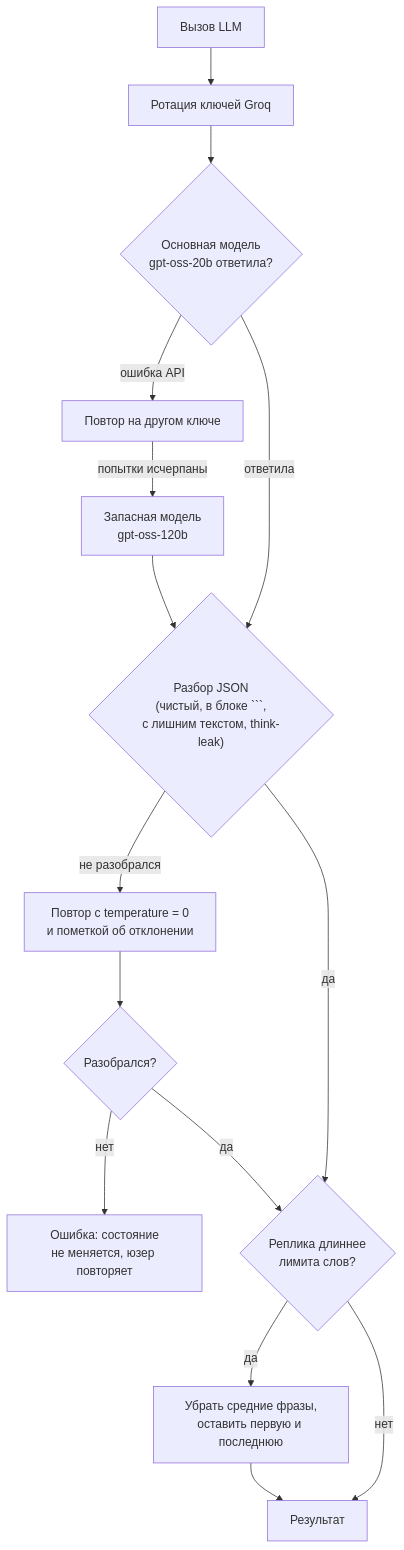
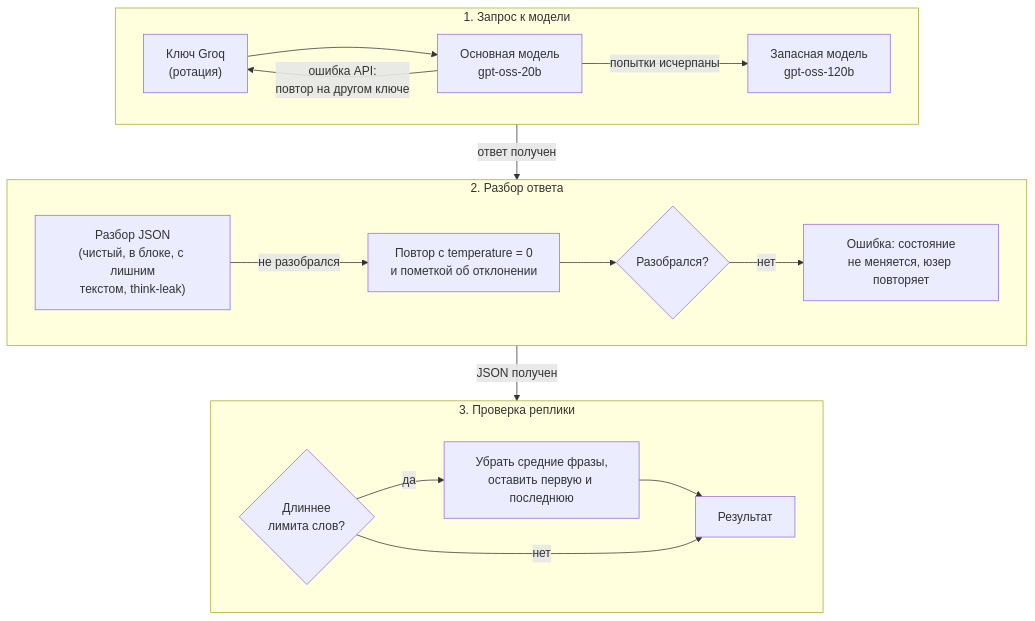
One commit to inikonoff/Daily-Ten changed the fifth of 9 diagrams in docs/ARCHITECTURE.md. Above: the diagram before and after it, drawn with Mermaid. The commit also changed other lines of this file and 11 other files, not shown here.

First line of the commit message:
Add rendered PNG diagrams and a script to rebuild them

````diff
--- a/docs/ARCHITECTURE.md
+++ b/docs/ARCHITECTURE.md
@@ -193,17 +212,23 @@
 ```mermaid
-flowchart TD
-    CALL["Вызов LLM"] --> KEY["Ротация ключей Groq"]
-    KEY --> MODEL{"Основная модель<br/>gpt-oss-20b ответила?"}
-    MODEL -- "ошибка API" --> RETRY["Повтор на другом ключе"]
-    RETRY -->|"попытки исчерпаны"| FB["Запасная модель<br/>gpt-oss-120b"]
-    MODEL -- ответила --> PARSE{"Разбор JSON<br/>(чистый, в блоке ```,<br/>с лишним текстом, think-leak)"}
-    FB --> PARSE
-    PARSE -- "не разобрался" --> T0["Повтор с temperature = 0<br/>и пометкой об отклонении"]
-    T0 --> PARSE2{"Разобрался?"}
-    PARSE2 -- нет --> FAIL["Ошибка: состояние<br/>не меняется, юзер повторяет"]
-    PARSE -- да --> LEN{"Реплика длиннее<br/>лимита слов?"}
-    PARSE2 -- да --> LEN
-    LEN -- да --> SHORT["Убрать средние фразы,<br/>оставить первую и последнюю"]
-    LEN -- нет --> OK["Результат"]
-    SHORT --> OK
+flowchart TB
+    subgraph REQ["1. Запрос к модели"]
+        direction LR
+        KEY["Ключ Groq<br/>(ротация)"] --> M1["Основная модель<br/>gpt-oss-20b"]
+        M1 -- "ошибка API:<br/>повтор на другом ключе" --> KEY
+        M1 -- "попытки исчерпаны" --> M2["Запасная модель<br/>gpt-oss-120b"]
+    end
+    subgraph PARSE["2. Разбор ответа"]
+        direction LR
+        P1["Разбор JSON<br/>(чистый, в блоке, с лишним<br/>текстом, think-leak)"] -- "не разобрался" --> T0["Повтор с temperature = 0<br/>и пометкой об отклонении"]
+        T0 --> P2{"Разобрался?"}
+        P2 -- нет --> FAIL["Ошибка: состояние<br/>не меняется, юзер повторяет"]
+    end
+    subgraph CHECK["3. Проверка реплики"]
+        direction LR
+        LEN{"Длиннее<br/>лимита слов?"} -- да --> SHORT["Убрать средние фразы,<br/>оставить первую и последнюю"]
+        SHORT --> OK["Результат"]
+        LEN -- нет --> OK
+    end
+    REQ -- "ответ получен" --> PARSE
+    PARSE -- "JSON получен" --> CHECK
 ```
````
